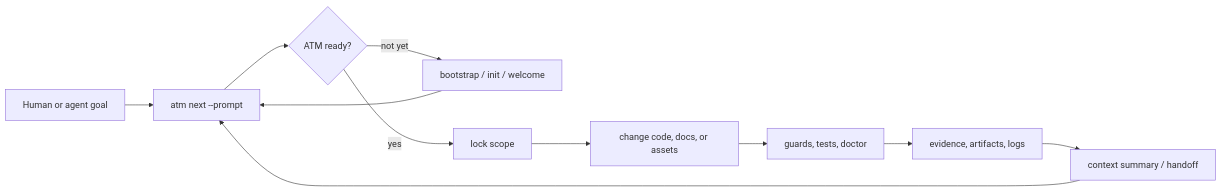
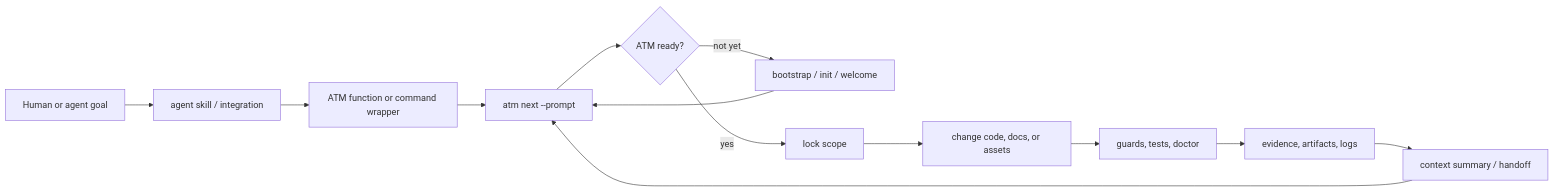
Before and after one commit to eaglhuang/AI-Atomic-Framework: the diagram in README.md, drawn with Mermaid. The commit also changed other lines of this file and 2 other files, not shown here.

First line of the commit message:
docs: update README quick start for skill-first ATM flow

````diff
--- a/README.md
+++ b/README.md
@@ -126,13 +157,15 @@
 ```mermaid
 flowchart LR
-    Goal["Human or agent goal"] --> Next["atm next --prompt"]
+    Goal["Human or agent goal"] --> Skill["agent skill / integration"]
+    Skill --> Wrapper["ATM function or command wrapper"]
+    Wrapper --> Next["atm next --prompt"]
     Next --> Ready{"ATM ready?"}
     Ready -- "not yet" --> Bootstrap["bootstrap / init / welcome"]
     Ready -- "yes" --> Lock["lock scope"]
     Bootstrap --> Next
     Lock --> Work["change code, docs, or assets"]
     Work --> Validate["guards, tests, doctor"]
     Validate --> Evidence["evidence, artifacts, logs"]
     Evidence --> Handoff["context summary / handoff"]
     Handoff --> Next
 ```
````
